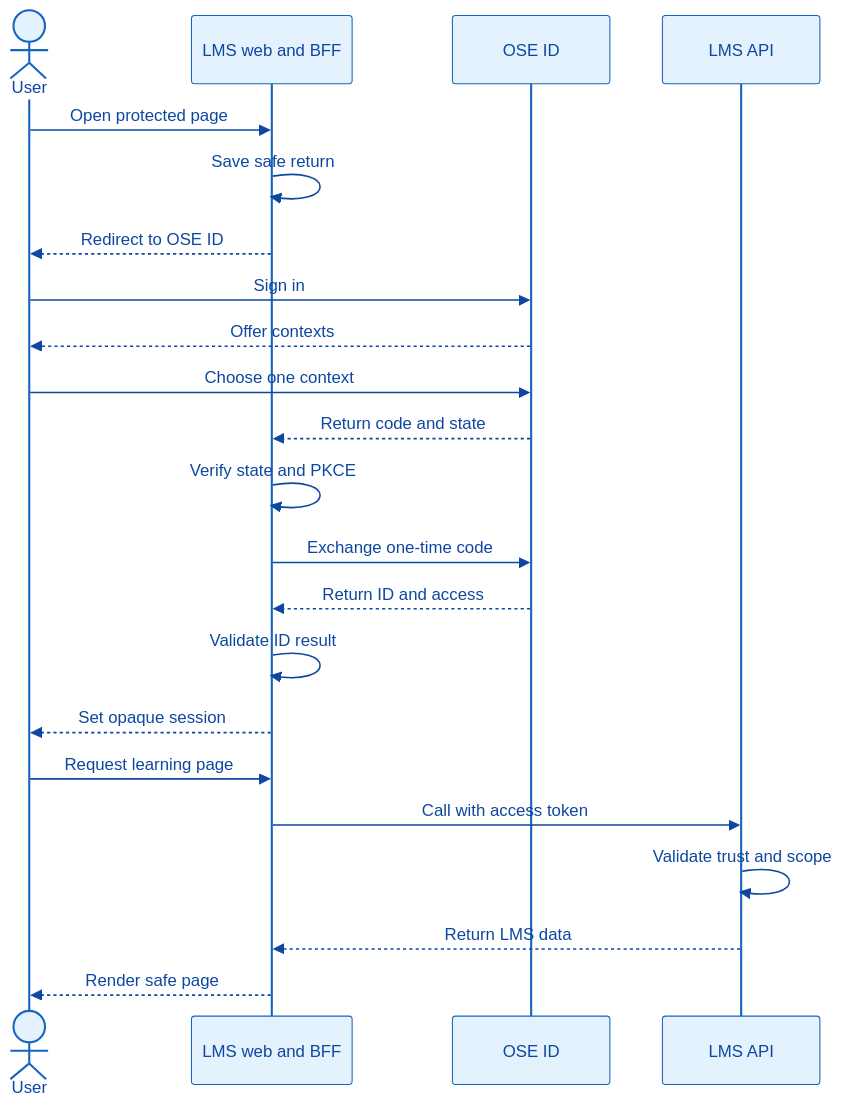
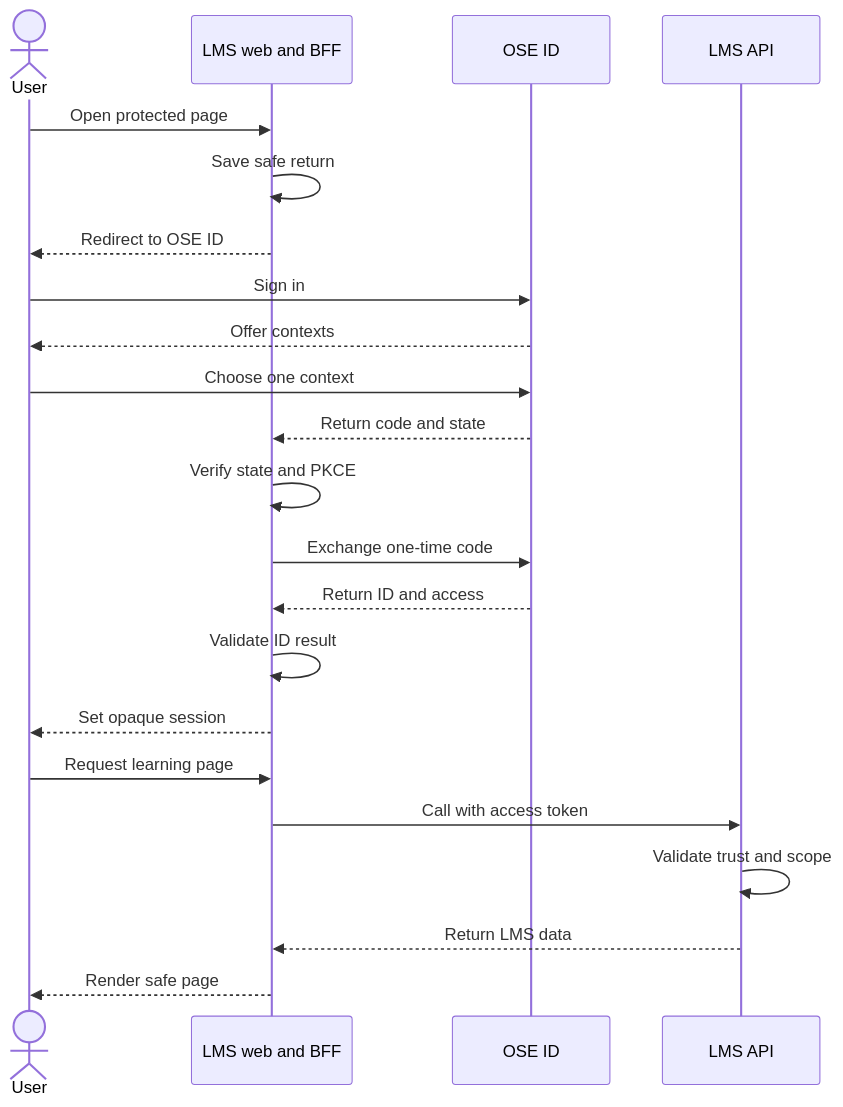
Before and after one commit to wahidyankf/ose-public: the diagram in plans/backlog/lms-user/prd.md, drawn with Mermaid. The commit also changed 50 other files, not shown here.

First line of the commit message:
fix(mermaid): bring the docs, governance, plans, and legacy AI diagrams onto the accessible palette

````diff
--- a/plans/backlog/lms-user/prd.md
+++ b/plans/backlog/lms-user/prd.md
@@ -58,27 +58,26 @@
 ```mermaid
-%%{init: {"theme": "base", "themeVariables": {"primaryColor": "#E3F2FD", "primaryTextColor": "#0D47A1", "primaryBorderColor": "#1565C0", "lineColor": "#455A64", "secondaryColor": "#E8F5E9", "tertiaryColor": "#FFF3E0"}}}%%
 sequenceDiagram
   accTitle: LMS sign-in sequence
   accDescr: A user starts in LMS, authenticates and chooses context in OSE ID, then returns to an LMS session and protected API.
   actor U as User
   participant W as LMS web and BFF
   participant I as OSE ID
   participant A as LMS API
   U->>W: Open protected page
   W->>W: Save safe return
   W-->>U: Redirect to OSE ID
   U->>I: Sign in
   I-->>U: Offer contexts
   U->>I: Choose one context
   I-->>W: Return code and state
   W->>W: Verify state and PKCE
   W->>I: Exchange one-time code
   I-->>W: Return ID and access
   W->>W: Validate ID result
   W-->>U: Set opaque session
   U->>W: Request learning page
   W->>A: Call with access token
   A->>A: Validate trust and scope
   A-->>W: Return LMS data
   W-->>U: Render safe page
 ```
````
